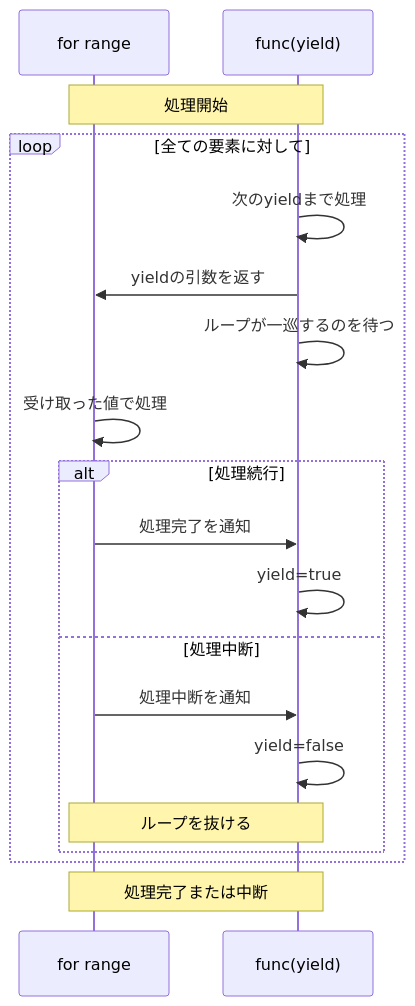
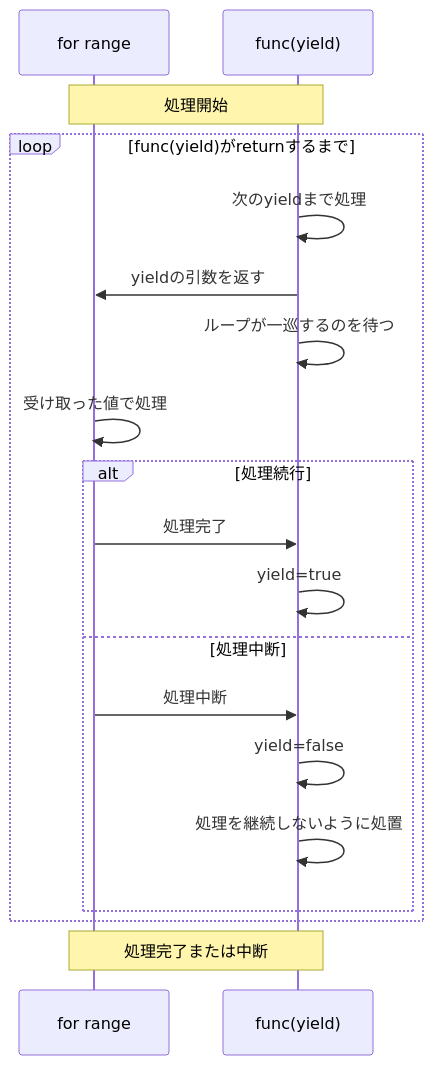
The second of 2 diagrams in articles/range-over-func-beginner.md (tenkoh/zenn-content), drawn with Mermaid before and after one commit. The commit also changed other lines of this file, not shown here.

Commit message:
article/range-over-func-beginner/注釈および処理フローの改善 (#12)

````diff
--- a/articles/range-over-func-beginner.md
+++ b/articles/range-over-func-beginner.md
@@ -251,25 +251,25 @@
 ```mermaid
 sequenceDiagram
     participant FR as for range
     participant FY as func(yield)
     
     Note over FR,FY: 処理開始
     
-    loop 全ての要素に対して
+    loop func(yield)がreturnするまで
         FY->>FY: 次のyieldまで処理
         FY->>FR: yieldの引数を返す
         FY->>FY: ループが一巡するのを待つ
         FR->>FR: 受け取った値で処理
         
         alt 処理続行
-            FR->>FY: 処理完了を通知
+            FR->>FY: 処理完了
             FY->>FY: yield=true
         else 処理中断
-            FR->>FY: 処理中断を通知
+            FR->>FY: 処理中断
             FY->>FY: yield=false
-            Note over FR,FY: ループを抜ける
+            FY->>FY: 処理を継続しないように処置
         end
     end
     
     Note over FR,FY: 処理完了または中断
 ```
````
